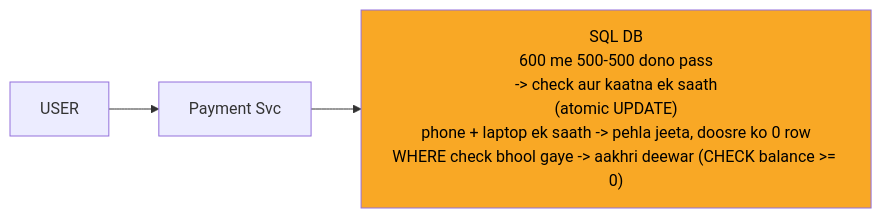
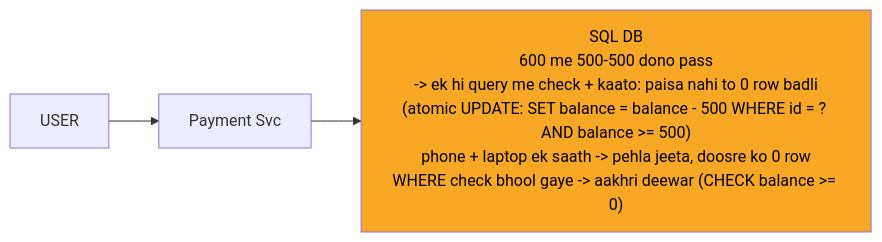
Before and after one commit to ArpanMaheshwari144/Prep: the third of 12 diagrams in 04_HLD/SYSTEM_DESIGNS/06_payment_system/06_payment_system.md, drawn with Mermaid. The commit also changed other lines of this file and 13 other files, not shown here.

````diff
--- a/04_HLD/SYSTEM_DESIGNS/06_payment_system/06_payment_system.md
+++ b/04_HLD/SYSTEM_DESIGNS/06_payment_system/06_payment_system.md
@@ -158,10 +162,10 @@
 ```mermaid
 %%{init: {"flowchart": {"wrappingWidth": 450}}}%%
 flowchart LR
     n_USER["USER"]
     n_Payment_Svc["Payment Svc"]
-    n_DB["SQL DB<br/>600 me 500-500 dono pass<br/>-> check aur kaatna ek saath<br/>(atomic UPDATE)<br/>phone + laptop ek saath -> pehla jeeta, doosre ko 0 row<br/>WHERE check bhool gaye -> aakhri deewar (CHECK balance >= 0)"]
+    n_DB["SQL DB<br/>600 me 500-500 dono pass<br/>-> ek hi query me check + kaato: paisa nahi to 0 row badli<br/>(atomic UPDATE: SET balance = balance - 500 WHERE id = ? AND balance >= 500)<br/>phone + laptop ek saath -> pehla jeeta, doosre ko 0 row<br/>WHERE check bhool gaye -> aakhri deewar (CHECK balance >= 0)"]
     n_USER --> n_Payment_Svc
     n_Payment_Svc --> n_DB
     style n_DB fill:#f9a825,color:#000
 ```
````
